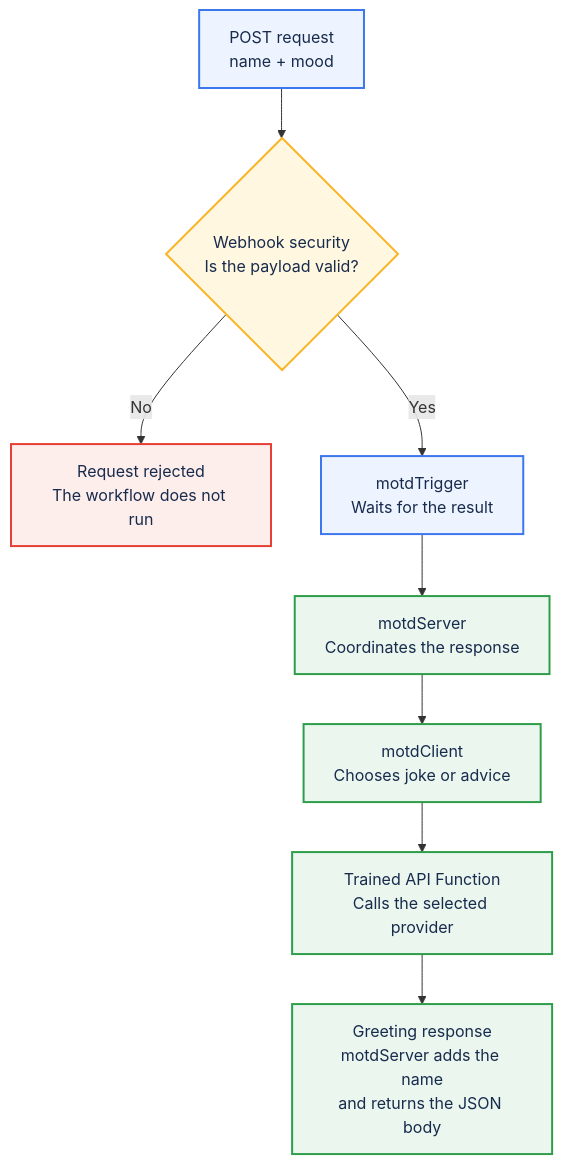
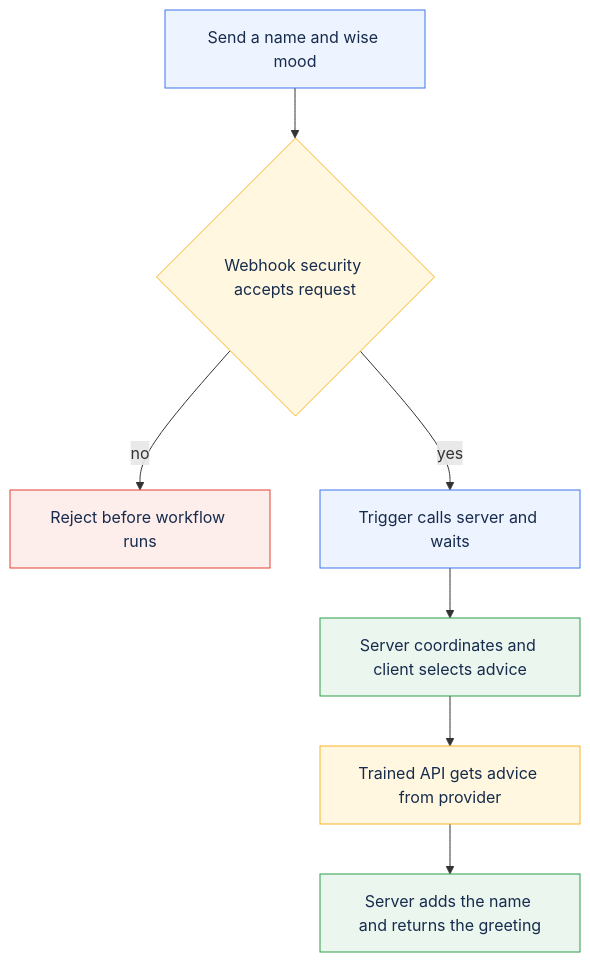
Before and after one commit to polyapi/poly-ts-project-template: the first of 2 diagrams in workflows/src/sampleWorkflow/README.md, drawn with Mermaid. The commit also changed other lines of this file and 4 other files, not shown here.

````diff
--- a/workflows/src/sampleWorkflow/README.md
+++ b/workflows/src/sampleWorkflow/README.md
@@ -21,28 +21,17 @@
 ```mermaid
 flowchart TD
-    REQUEST["POST request<br/>name + mood"]
-    VALIDATE{"Webhook security<br/>Is the payload valid?"}
-    REJECT["Request rejected<br/>The workflow does not run"]
-    TRIGGER["motdTrigger<br/>Waits for the result"]
-    SERVER["motdServer<br/>Coordinates the response"]
-    CLIENT["motdClient<br/>Chooses joke or advice"]
-    API["Trained API Function<br/>Calls the selected provider"]
-    RESPONSE["Greeting response<br/>motdServer adds the name<br/>and returns the JSON body"]
-
-    REQUEST --> VALIDATE
-    VALIDATE -->|No| REJECT
-    VALIDATE -->|Yes| TRIGGER
-    TRIGGER --> SERVER
-    SERVER --> CLIENT
-    CLIENT --> API
-    API --> RESPONSE
-
-    classDef blue fill:#EDF3FF,stroke:#3D77EE,color:#172B4D,stroke-width:2px
-    classDef red fill:#FDEDEB,stroke:#E63F35,color:#172B4D,stroke-width:2px
-    classDef yellow fill:#FFF7DF,stroke:#F9B528,color:#172B4D,stroke-width:2px
-    classDef green fill:#EAF6EE,stroke:#2F9E4B,color:#172B4D,stroke-width:2px
-    class REQUEST,TRIGGER blue
-    class VALIDATE yellow
-    class REJECT red
-    class SERVER,CLIENT,API,RESPONSE green
+    R[Send a name and wise mood] --> V{Webhook security accepts request}
+    V -->|no| X[Reject before workflow runs]
+    V -->|yes| T[Trigger calls server and waits]
+    T --> S[Server coordinates and client selects advice]
+    S --> A[Trained API gets advice from provider]
+    A --> G[Server adds the name and returns the greeting]
+    classDef blue fill:#EDF3FF,color:#172B4D,stroke:#3D77EE
+    classDef yellow fill:#FFF7DF,color:#172B4D,stroke:#F9B528
+    classDef green fill:#EAF6EE,color:#172B4D,stroke:#2F9E4B
+    classDef red fill:#FDEDEB,color:#172B4D,stroke:#E63F35
+    class R,T blue
+    class V,A yellow
+    class S,G green
+    class X red
 ```
````
